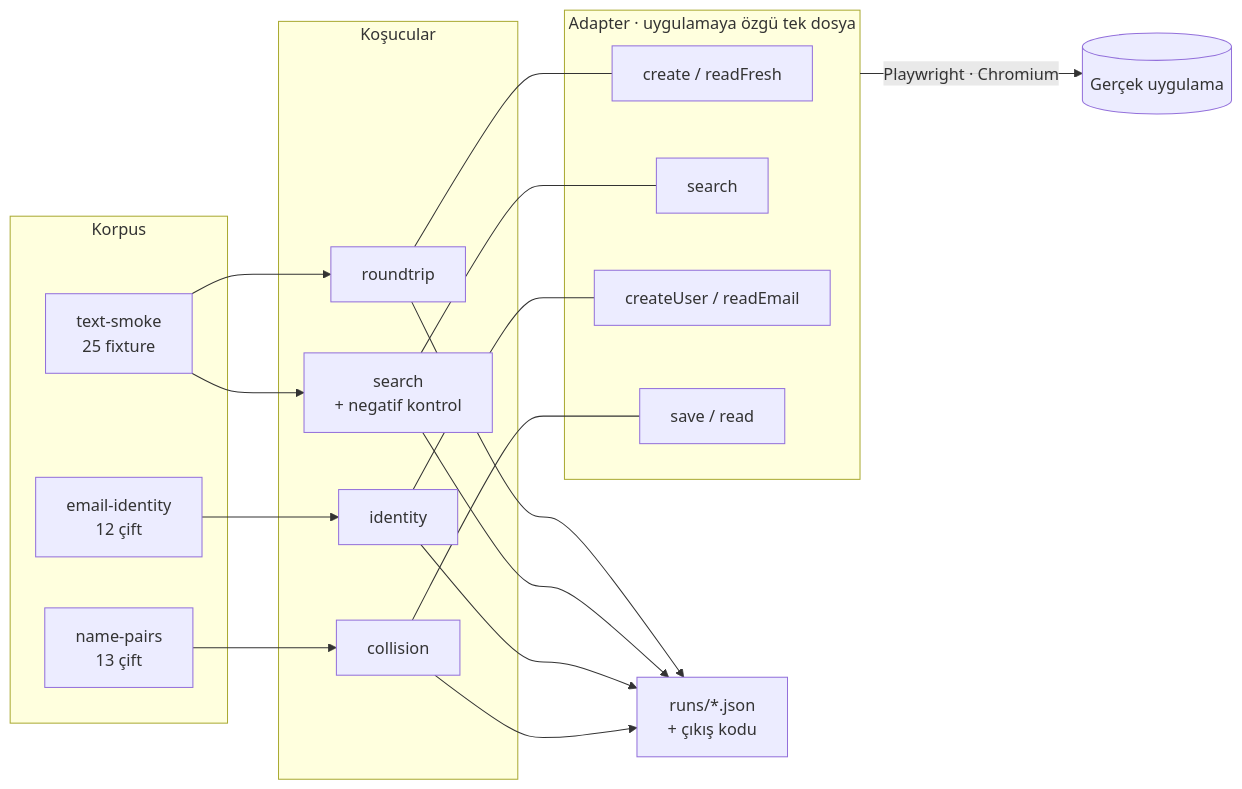
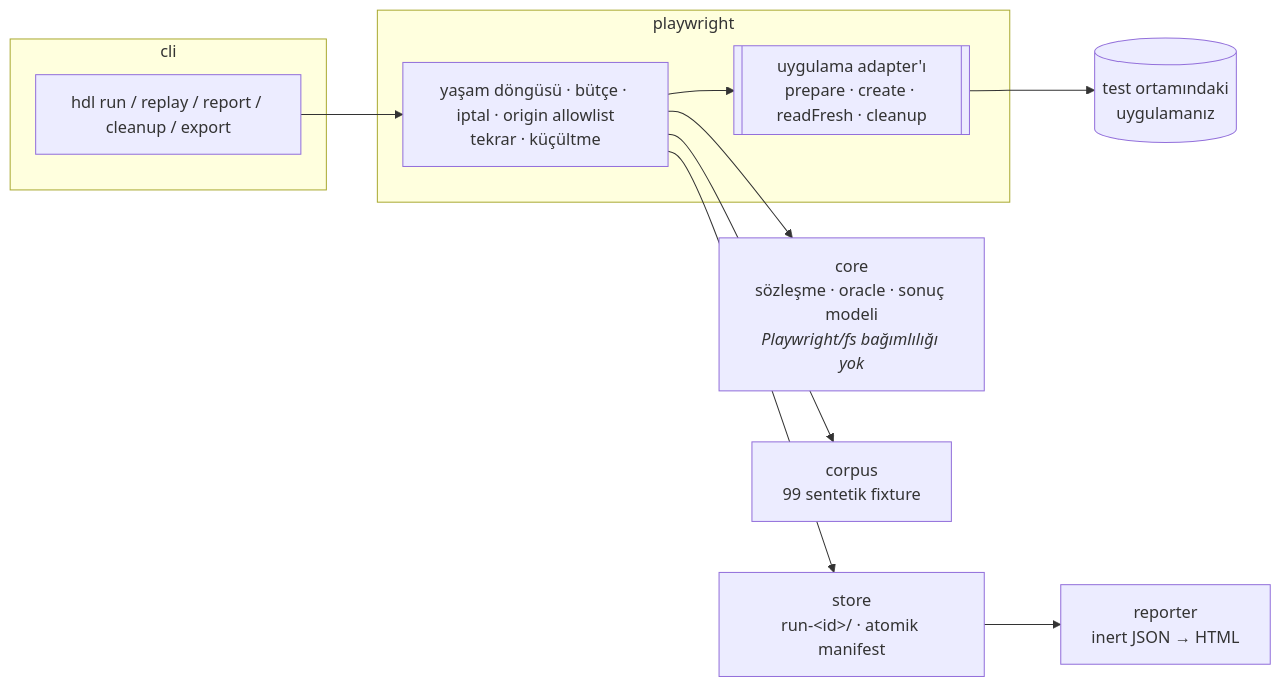
One commit to ferattass/human-data-lab changed the diagram in README.md. Above: the diagram before and after it, drawn with Mermaid. The commit also changed other lines of this file and 20 other files, not shown here.

````diff
--- a/README.md
+++ b/README.md
@@ -70,29 +60,18 @@
 ```mermaid
 flowchart LR
-    subgraph korpus[Korpus]
-      T[text-smoke<br/>25 fixture]
-      E[email-identity<br/>12 çift]
-      N[name-pairs<br/>13 çift]
-    end
-    subgraph kosucu[Koşucular]
-      R[roundtrip]
-      S[search<br/>+ negatif kontrol]
-      I[identity]
-      C[collision]
-    end
-    subgraph adapter[Adapter · uygulamaya özgü tek dosya]
-      A1[create / readFresh]
-      A2[search]
-      A3[createUser / readEmail]
-      A4[save / read]
-    end
-    T --> R & S
-    E --> I
-    N --> C
-    R --- A1
-    S --- A2
-    I --- A3
-    C --- A4
-    adapter -->|Playwright · Chromium| APP[(Gerçek uygulama)]
-    R & S & I & C --> OUT[runs/*.json<br/>+ çıkış kodu]
+  subgraph cli[cli]
+    run[hdl run / replay / report / cleanup / export]
+  end
+  subgraph pw[playwright]
+    life[yaşam döngüsü · bütçe · iptal · origin allowlist<br/>tekrar · küçültme]
+    ad[[uygulama adapter'ı<br/>prepare · create · readFresh · cleanup]]
+  end
+  core[core<br/>sözleşme · oracle · sonuç modeli<br/><i>Playwright/fs bağımlılığı yok</i>]
+  corpus[corpus<br/>99 sentetik fixture]
+  store[store<br/>run-&lt;id&gt;/ · atomik manifest]
+  rep[reporter<br/>inert JSON → HTML]
+  run --> life --> ad --> app[(test ortamındaki<br/>uygulamanız)]
+  life --> core
+  life --> corpus
+  life --> store --> rep
 ```
````
